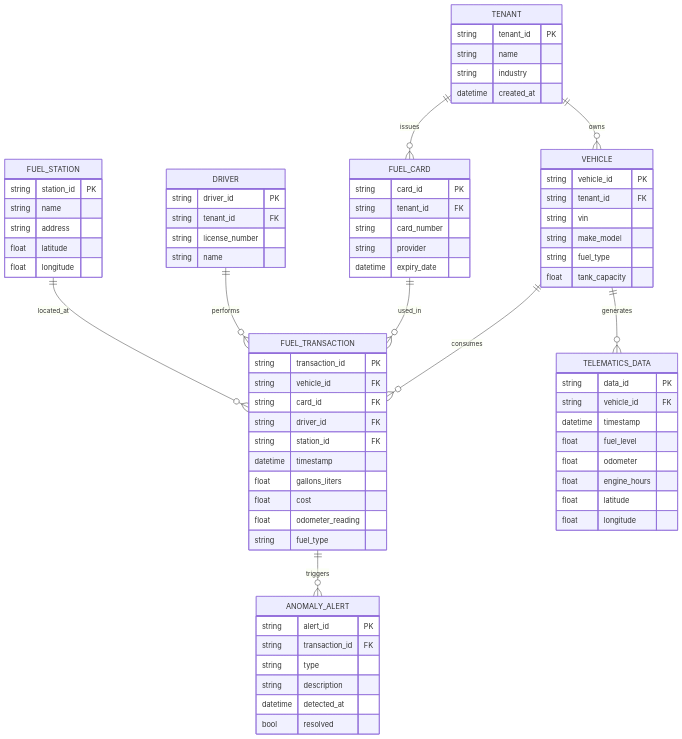
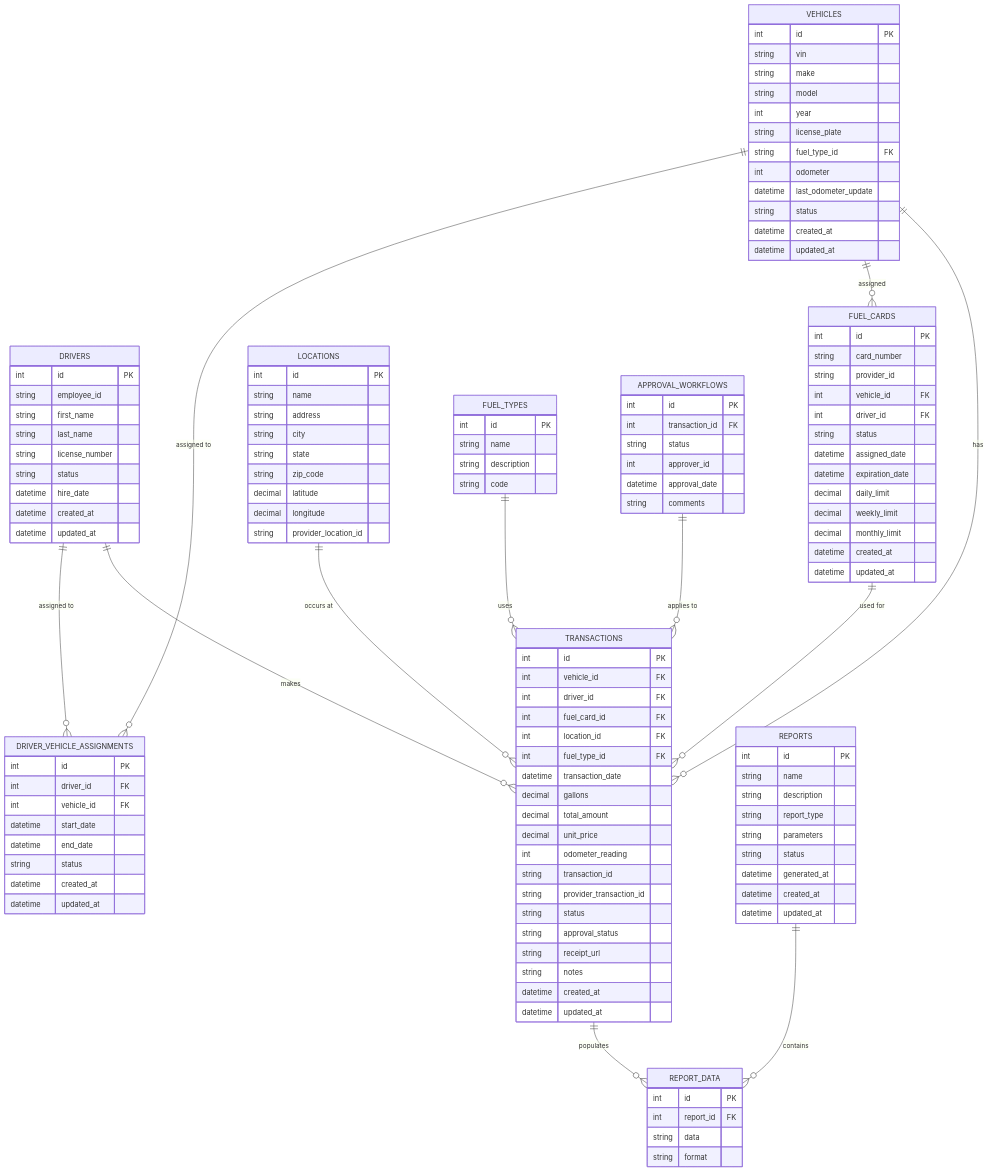
Before and after one commit to asmortongpt/Fleet-AzureDevOps: the sixth of 7 diagrams in enhancements/fuel-management/AS_IS_ANALYSIS.md, drawn with Mermaid. The commit also changed other lines of this file and 58 other files, not shown here.

````diff
--- a/enhancements/fuel-management/AS_IS_ANALYSIS.md
+++ b/enhancements/fuel-management/AS_IS_ANALYSIS.md
@@ -84,83 +1156,137 @@
 ```mermaid
 erDiagram
-    TENANT ||--o{ VEHICLE : "owns"
-    TENANT ||--o{ FUEL_CARD : "issues"
-    VEHICLE ||--o{ FUEL_TRANSACTION : "consumes"
-    VEHICLE ||--o{ TELEMATICS_DATA : "generates"
-    FUEL_CARD ||--o{ FUEL_TRANSACTION : "used_in"
-    DRIVER ||--o{ FUEL_TRANSACTION : "performs"
-    FUEL_STATION ||--o{ FUEL_TRANSACTION : "located_at"
-    FUEL_TRANSACTION ||--o{ ANOMALY_ALERT : "triggers"
+    VEHICLES ||--o{ TRANSACTIONS : "has"
+    DRIVERS ||--o{ TRANSACTIONS : "makes"
+    FUEL_CARDS ||--o{ TRANSACTIONS : "used for"
+    VEHICLES ||--o{ FUEL_CARDS : "assigned"
+    DRIVERS ||--o{ DRIVER_VEHICLE_ASSIGNMENTS : "assigned to"
+    VEHICLES ||--o{ DRIVER_VEHICLE_ASSIGNMENTS : "assigned to"
+    LOCATIONS ||--o{ TRANSACTIONS : "occurs at"
+    FUEL_TYPES ||--o{ TRANSACTIONS : "uses"
+    APPROVAL_WORKFLOWS ||--o{ TRANSACTIONS : "applies to"
+    REPORTS ||--o{ REPORT_DATA : "contains"
+    TRANSACTIONS ||--o{ REPORT_DATA : "populates"
 
-    TENANT {
-        string tenant_id PK
-        string name
-        string industry
+    VEHICLES {
+        int id PK
+        string vin
+        string make
+        string model
+        int year
+        string license_plate
+        string fuel_type_id FK
+        int odometer
+        datetime last_odometer_update
+        string status
         datetime created_at
+        datetime updated_at
     }
 
-    VEHICLE {
-        string vehicle_id PK
-        string tenant_id FK
-        string vin
-        string make_model
-        string fuel_type
-        float tank_capacity
+    DRIVERS {
+        int id PK
+        string employee_id
+        string first_name
+        string last_name
+        string license_number
+        string status
+        datetime hire_date
+        datetime created_at
+        datetime updated_at
     }
 
-    FUEL_CARD {
-        string card_id PK
-        string tenant_id FK
-        string card_number
-        string provider
-        datetime expiry_date
+    DRIVER_VEHICLE_ASSIGNMENTS {
+        int id PK
+        int driver_id FK
+        int vehicle_id FK
+        datetime start_date
+        datetime end_date
+        string status
+        datetime created_at
+        datetime updated_at
     }
 
-    DRIVER {
-        string driver_id PK
-        string tenant_id FK
-        string license_number
-        string name
+    FUEL_CARDS {
+        int id PK
+        string card_number
+        string provider_id
+        int vehicle_id FK
+        int driver_id FK
+        string status
+        datetime assigned_date
+        datetime expiration_date
+        decimal daily_limit
+        decimal weekly_limit
+        decimal monthly_limit
+        datetime created_at
+        datetime updated_at
     }
 
-    FUEL_STATION {
-        string station_id PK
+    FUEL_TYPES {
+        int id PK
+        string name
+        string description
+        string code
+    }
+
+    LOCATIONS {
+        int id PK
         string name
         string address
-        float latitude
-        float longitude
+        string city
+        string state
+        string zip_code
+        decimal latitude
+        decimal longitude
+        string provider_location_id
     }
 
-    FUEL_TRANSACTION {
-        string transaction_id PK
-        string vehicle_id FK
-        string card_id FK
-        string driver_id FK
-        string station_id FK
-        datetime timestamp
-        float gallons_liters
-        float cost
-        float odometer_reading
-        string fuel_type
+    TRANSACTIONS {
+        int id PK
+        int vehicle_id FK
+        int driver_id FK
+        int fuel_card_id FK
+        int location_id FK
+        int fuel_type_id FK
+        datetime transaction_date
+        decimal gallons
+        decimal total_amount
+        decimal unit_price
+        int odometer_reading
+        string transaction_id
+        string provider_transaction_id
+        string status
+        string approval_status
+        string receipt_url
+        string notes
+        datetime created_at
+        datetime updated_at
     }
 
-    TELEMATICS_DATA {
-        string data_id PK
-        string vehicle_id FK
-        datetime timestamp
-        float fuel_level
-        float odometer
-        float engine_hours
-        float latitude
-        float longitude
+    APPROVAL_WORKFLOWS {
+        int id PK
+        int transaction_id FK
+        string status
+        int approver_id
+        datetime approval_date
+        string comments
     }
 
-    ANOMALY_ALERT {
-        string alert_id PK
-        string transaction_id FK
-        string type
+    REPORTS {
+        int id PK
+        string name
         string description
-        datetime detected_at
-        bool resolved
+        string report_type
+        string parameters
+        string status
+        datetime generated_at
+        datetime created_at
+        datetime updated_at
+    }
+
+    REPORT_DATA {
+        int id PK
+        int report_id FK
+        string data
+        string format
     }
 ```
````
